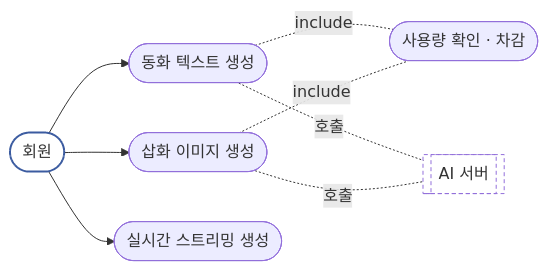
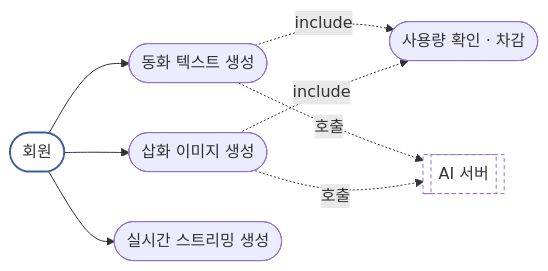
One commit to KostaFinal/sangsangseoga-springboot changed the fourth of 9 diagrams in docs/choiswgg/08-usecase-diagram.md. Above: the diagram before and after it, drawn with Mermaid. The commit also changed other lines of this file and 3 other files, not shown here.

First line of the commit message:
fix: PR 리뷰 반영 - non-root 컨테이너 실행, redis 영속화, mermaid 화살표 정리

````diff
--- a/docs/choiswgg/08-usecase-diagram.md
+++ b/docs/choiswgg/08-usecase-diagram.md
@@ -121,21 +121,21 @@
 ```mermaid
 flowchart LR
     Member([회원]):::member
     AiServer[["AI 서버"]]:::system
 
     UC1(["동화 텍스트 생성"])
     UC2(["삽화 이미지 생성"])
     UC3(["실시간 스트리밍 생성"])
     UC4(["사용량 확인 · 차감"])
 
     Member --> UC1
     Member --> UC2
     Member --> UC3
-    UC1 -.include.- UC4
-    UC2 -.include.- UC4
-    UC1 -.호출.- AiServer
-    UC2 -.호출.- AiServer
+    UC1 -.include.-> UC4
+    UC2 -.include.-> UC4
+    UC1 -.호출.-> AiServer
+    UC2 -.호출.-> AiServer
 
     classDef member fill:transparent,stroke:#3B5BA0,stroke-width:2px;
     classDef system fill:transparent,stroke-dasharray:4 3;
 ```
````
